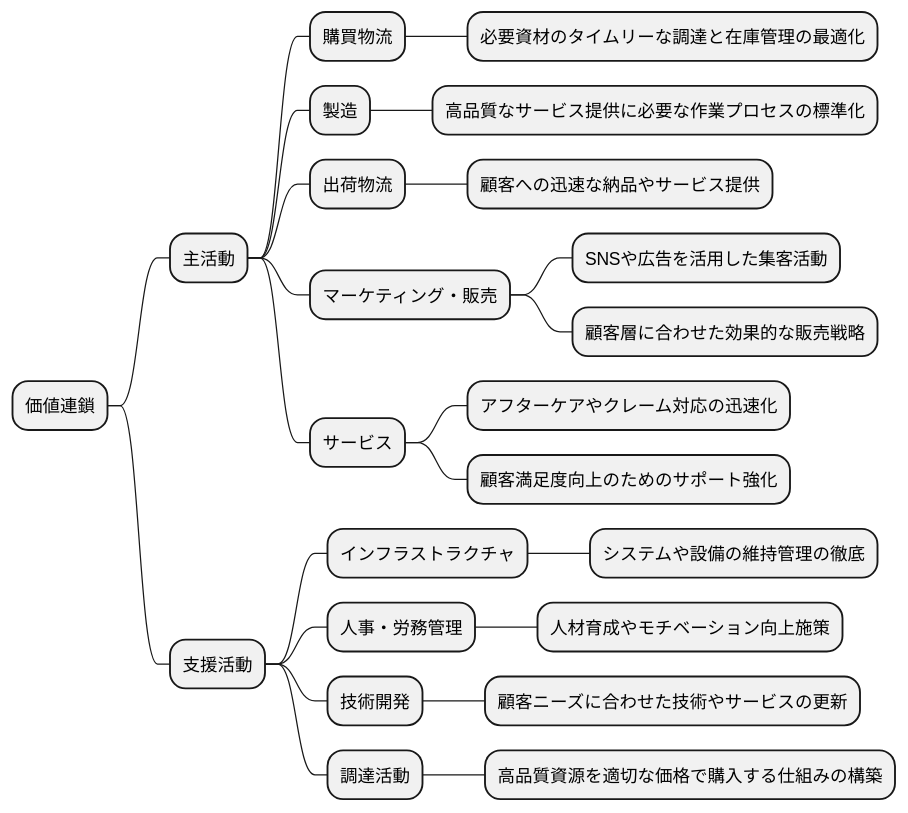
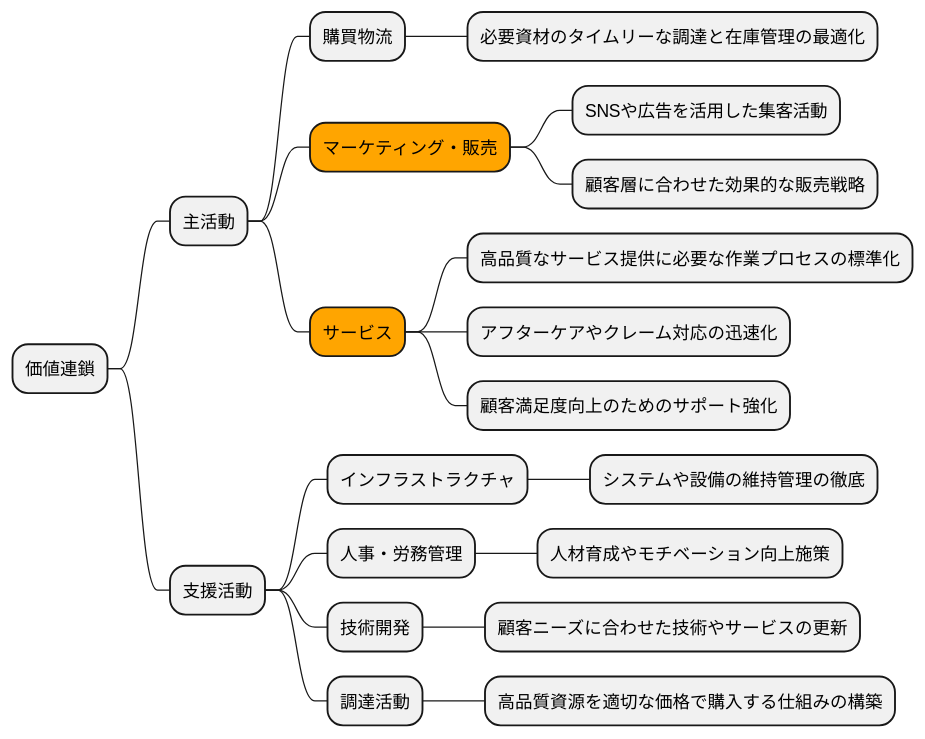
The tenth of 16 diagrams in docs/case/r01_case_2.adoc (k2works/case-sutudy-business-analysis), drawn with PlantUML before and after one commit. The commit also changed other lines of this file, not shown here.

```diff
--- a/docs/case/r01_case_2.adoc
+++ b/docs/case/r01_case_2.adoc
@@ -288,30 +325,27 @@
 [plantuml]
 ----
 @startmindmap
 
 * 価値連鎖
 ** 主活動
 *** 購買物流
 **** 必要資材のタイムリーな調達と在庫管理の最適化
-*** 製造
-**** 高品質なサービス提供に必要な作業プロセスの標準化
-*** 出荷物流
-**** 顧客への迅速な納品やサービス提供
-*** マーケティング・販売
+***[#orange] マーケティング・販売
 **** SNSや広告を活用した集客活動
 **** 顧客層に合わせた効果的な販売戦略
-*** サービス
+***[#orange] サービス
+**** 高品質なサービス提供に必要な作業プロセスの標準化
 **** アフターケアやクレーム対応の迅速化
 **** 顧客満足度向上のためのサポート強化
 ** 支援活動
 *** インフラストラクチャ
 **** システムや設備の維持管理の徹底
 *** 人事・労務管理
 **** 人材育成やモチベーション向上施策
 *** 技術開発
 **** 顧客ニーズに合わせた技術やサービスの更新
 *** 調達活動
 **** 高品質資源を適切な価格で購入する仕組みの構築
 
 @endmindmap
 ----
```
